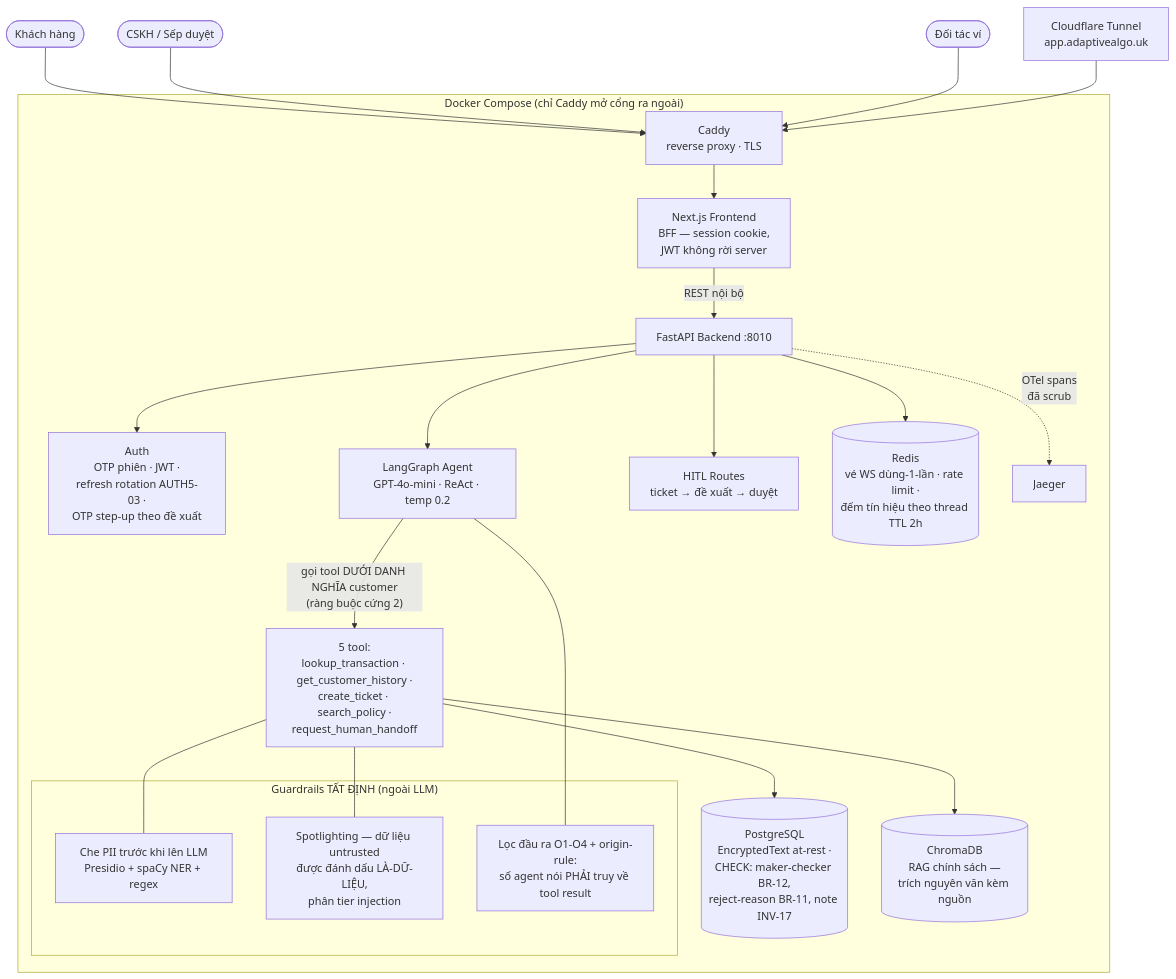
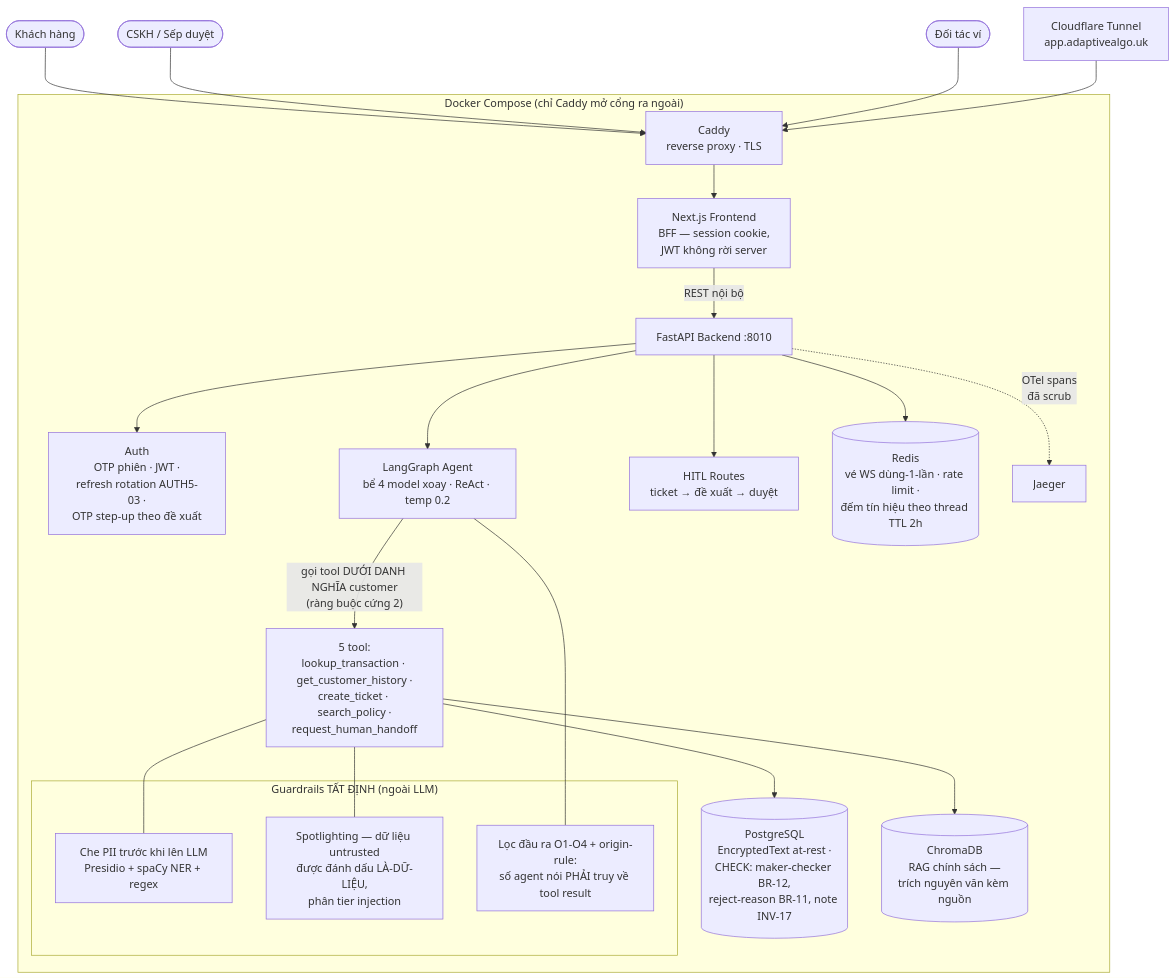
The diagram in ARCHITECTURE.md (jinsimple/Sen-AI-customer-service-agent-for-e-wallets), drawn with Mermaid before and after one commit. The commit also changed other lines of this file and 1 other file, not shown here.

First line of the commit message:
📐 docs(architecture): sửa nốt ARCHITECTURE.md — cùng lỗi model, 2 chỗ

````diff
--- a/ARCHITECTURE.md
+++ b/ARCHITECTURE.md
@@ -15,32 +15,32 @@
 ```mermaid
 graph TB
     KH([Khách hàng]) --> CADDY
     NV([CSKH / Sếp duyệt]) --> CADDY
     PA([Đối tác ví]) --> CADDY
     CF[Cloudflare Tunnel<br/>app.adaptivealgo.uk] --> CADDY
 
     subgraph Docker["Docker Compose (chỉ Caddy mở cổng ra ngoài)"]
         CADDY[Caddy<br/>reverse proxy · TLS] --> FE[Next.js Frontend<br/>BFF — session cookie,<br/>JWT không rời server]
         FE -->|REST nội bộ| BE[FastAPI Backend :8010]
 
         BE --> AUTH[Auth<br/>OTP phiên · JWT ·<br/>refresh rotation AUTH5-03 ·<br/>OTP step-up theo đề xuất]
-        BE --> AGENT[LangGraph Agent<br/>GPT-4o-mini · ReAct · temp 0.2]
+        BE --> AGENT[LangGraph Agent<br/>bể 4 model xoay · ReAct · temp 0.2]
         BE --> HITL[HITL Routes<br/>ticket → đề xuất → duyệt]
 
         AGENT -->|"gọi tool DƯỚI DANH NGHĨA customer<br/>(ràng buộc cứng 2)"| TOOLS[5 tool:<br/>lookup_transaction · get_customer_history ·<br/>create_ticket · search_policy ·<br/>request_human_handoff]
 
         subgraph GUARD["Guardrails TẤT ĐỊNH (ngoài LLM)"]
             G1[Che PII trước khi lên LLM<br/>Presidio + spaCy NER + regex]
             G2[Spotlighting — dữ liệu untrusted<br/>được đánh dấu LÀ-DỮ-LIỆU,<br/>phân tier injection]
             G3[Lọc đầu ra O1-O4 + origin-rule:<br/>số agent nói PHẢI truy về tool result]
         end
         TOOLS --- G1
         TOOLS --- G2
         AGENT --- G3
 
         TOOLS --> PG[(PostgreSQL<br/>EncryptedText at-rest ·<br/>CHECK: maker-checker BR-12,<br/>reject-reason BR-11, note INV-17)]
         TOOLS --> RAG[(ChromaDB<br/>RAG chính sách —<br/>trích nguyên văn kèm nguồn)]
         BE --> REDIS[(Redis<br/>vé WS dùng-1-lần · rate limit ·<br/>đếm tín hiệu theo thread TTL 2h)]
         BE -.->|OTel spans<br/>đã scrub| JAEGER[Jaeger]
     end
 ```
````
